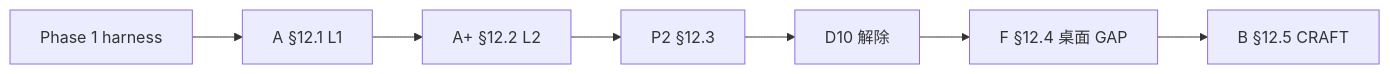
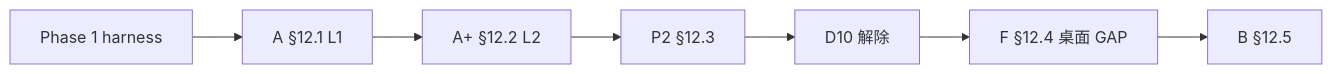
The diagram in docs/tech/adr/IMPLEMENTATION_SUMMARY_2026-05-24.md (didclawapp-ai/zagens), drawn with Mermaid before and after one commit. The commit also changed other lines of this file and 7 other files, not shown here.

First line of the commit message:
Docs: align runtime roadmap with code and sign off A2/A3.

````diff
--- a/docs/tech/adr/IMPLEMENTATION_SUMMARY_2026-05-24.md
+++ b/docs/tech/adr/IMPLEMENTATION_SUMMARY_2026-05-24.md
@@ -21,9 +23,9 @@
 ```mermaid
 flowchart LR
   P1[Phase 1 harness] --> A[A §12.1 L1]
   A --> Ap[A+ §12.2 L2]
   Ap --> P2[P2 §12.3]
   P2 --> D10[D10 解除]
   D10 --> F[F §12.4 桌面 GAP]
-  F --> B[B §12.5 CRAFT]
+  F --> B[B §12.5]
 ```
````
